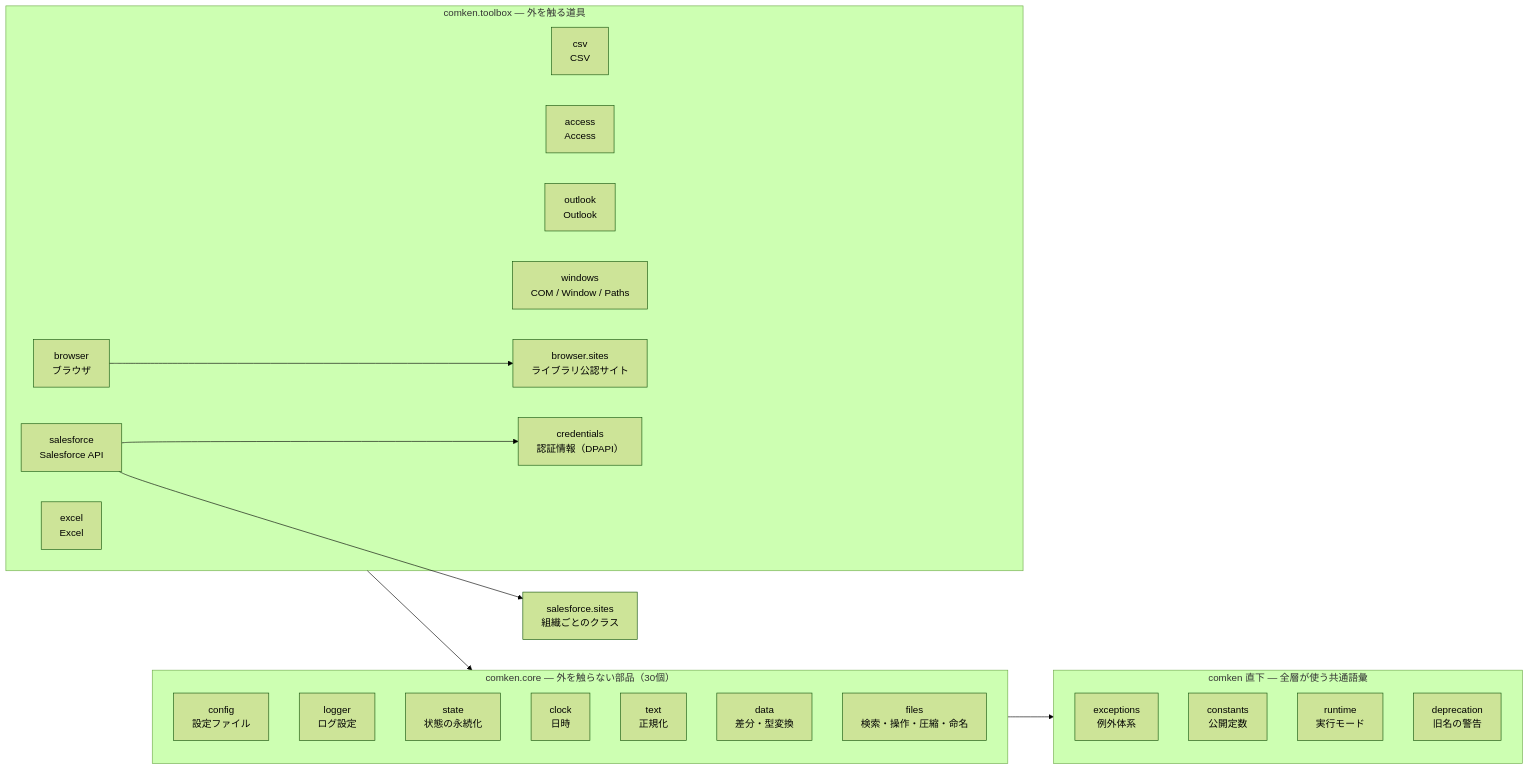
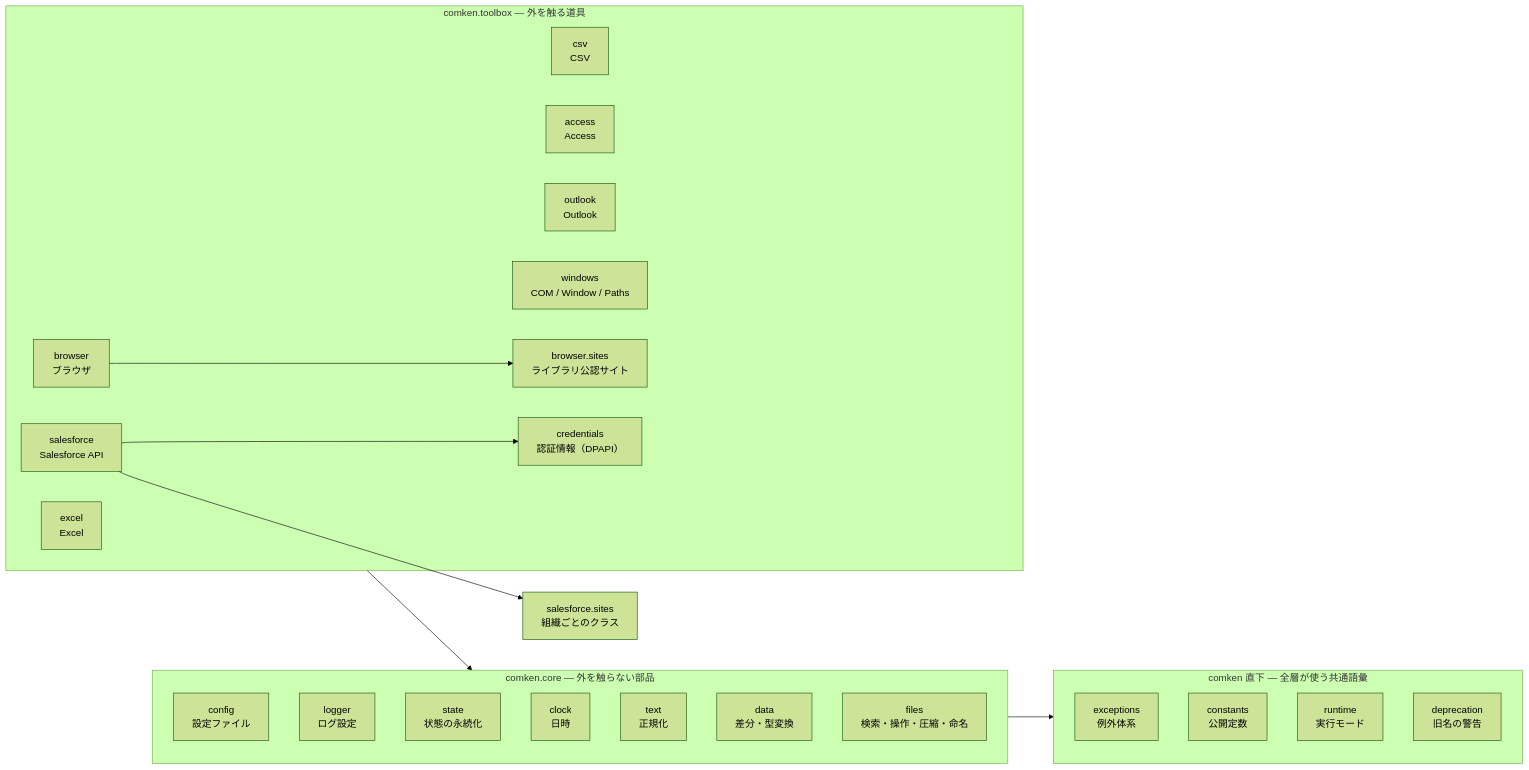
Before and after one commit to tenniscorecom/comken: the diagram in README.md, drawn with Mermaid (forest theme). The commit also changed other lines of this file and 11 other files, not shown here.

````diff
--- a/README.md
+++ b/README.md
@@ -513,34 +515,34 @@
 ```mermaid
 graph LR
     subgraph L0["comken 直下 — 全層が使う共通語彙"]
         exceptions["exceptions\n例外体系"]
         constants["constants\n公開定数"]
         runtime["runtime\n実行モード"]
         deprecation["deprecation\n旧名の警告"]
     end
-    subgraph L1["comken.core — 外を触らない部品（30個）"]
+    subgraph L1["comken.core — 外を触らない部品"]
         config["config\n設定ファイル"]
         logger["logger\nログ設定"]
         state["state\n状態の永続化"]
         clock["clock\n日時"]
         text["text\n正規化"]
         data["data\n差分・型変換"]
         corefiles["files\n検索・操作・圧縮・命名"]
     end
     subgraph L2["comken.toolbox — 外を触る道具"]
         excel["excel\nExcel"]
         csv["csv\nCSV"]
         access["access\nAccess"]
         outlook["outlook\nOutlook"]
         windows["windows\nCOM / Window / Paths"]
         browser["browser\nブラウザ"]
         browsersites["browser.sites\nライブラリ公認サイト"]
         salesforce["salesforce\nSalesforce API"]
         credentials["credentials\n認証情報（DPAPI）"]
     end
     L1 --> L0
     L2 --> L1
     salesforce --> sites["salesforce.sites\n組織ごとのクラス"]
     salesforce --> credentials
     browser --> browsersites
 ```
````
